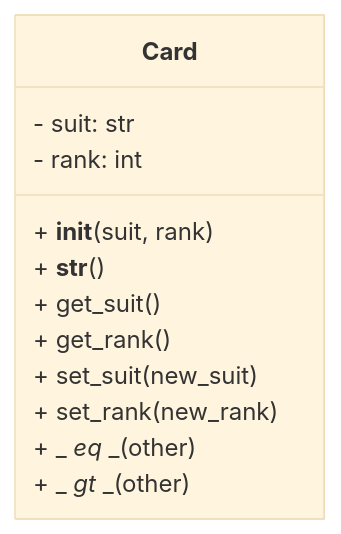
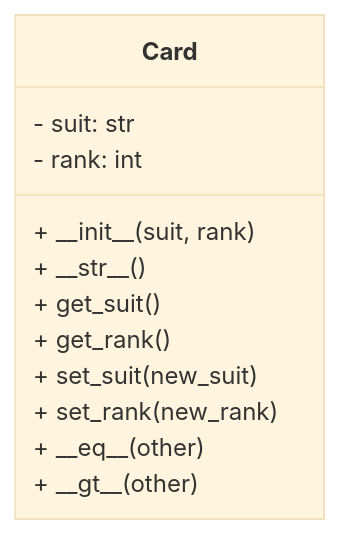
One commit to isf-dp-cs/isf-dp-cs.github.io changed the second of 5 diagrams in content/new_syllabus/unit_03_oop/03_polymorphism/_index.md. Above: the diagram before and after it, drawn with Mermaid (base theme). The commit also changed other lines of this file and 2 other files, not shown here.

Commit message:
trying to figure out mermaid underline issue

```diff
--- a/content/new_syllabus/unit_03_oop/03_polymorphism/_index.md
+++ b/content/new_syllabus/unit_03_oop/03_polymorphism/_index.md
@@ -149,15 +149,15 @@
 {{< mermaid >}}
 classDiagram
     class Card {
         - suit: str
         - rank: int
-        + __init__(suit, rank)
-        + __str__()
+        + \_\_init__(suit, rank)
+        + \_\_str__()
         + get_suit()
         + get_rank()
         + set_suit(new_suit)
         + set_rank(new_rank)
-        + _ _eq_ _(other)
-        + _ _gt_ _(other)
+        + \_\_eq__(other)
+        + \_\_gt__(other)
     }   
 {{< /mermaid >}}
```
